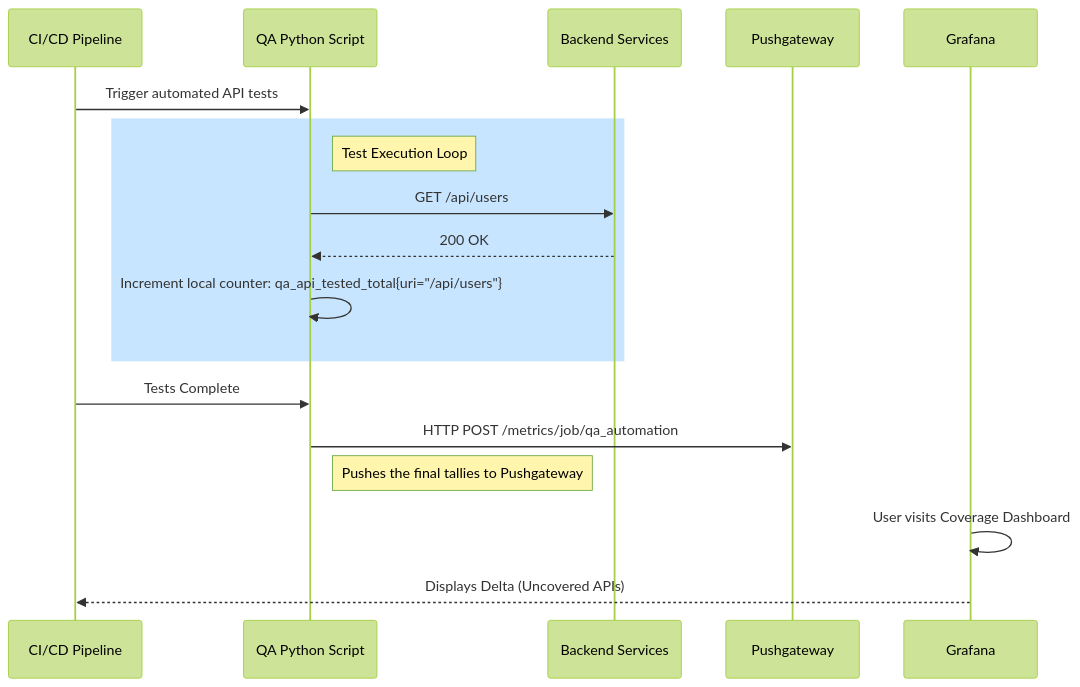
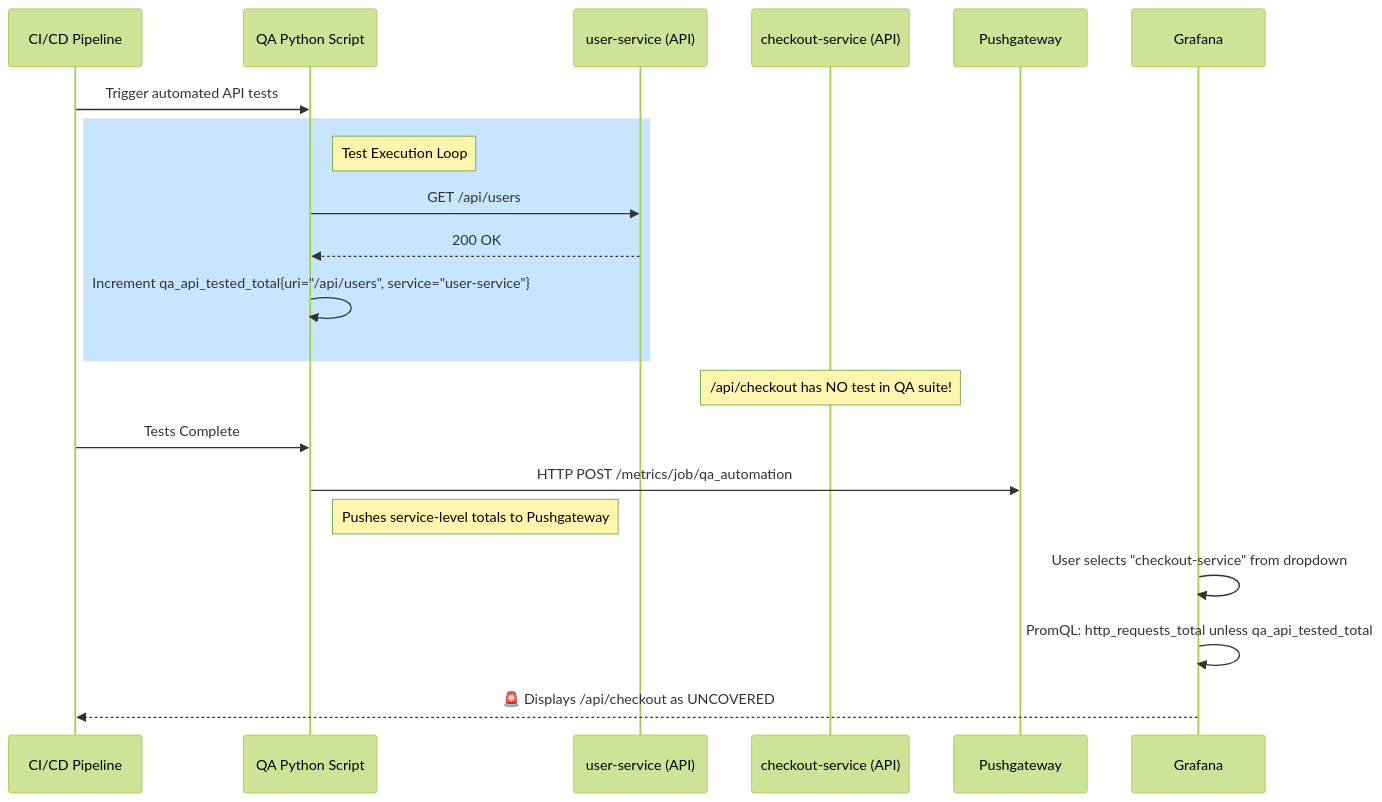
One commit to chaubeySumit/code-coverage-prometheous changed the diagram in doc/03_execution_sequence.md. Above: the diagram before and after it, drawn with Mermaid (forest theme). The commit also changed other lines of this file and 4 other files, not shown here.

Commit message:
docs: Update all documentation to reflect multi-service architecture

````diff
--- a/doc/03_execution_sequence.md
+++ b/doc/03_execution_sequence.md
@@ -5,24 +5,28 @@
 ```mermaid
 sequenceDiagram
     participant Pipeline as CI/CD Pipeline
     participant QA as QA Python Script
-    participant API as Backend Services
+    participant US as user-service (API)
+    participant CS as checkout-service (API)
     participant PGW as Pushgateway
     participant Graf as Grafana
 
     Pipeline->>QA: Trigger automated API tests
     
     rect rgb(200, 229, 255)
     Note right of QA: Test Execution Loop
-    QA->>API: GET /api/users
-    API-->>QA: 200 OK
-    QA->>QA: Increment local counter: qa_api_tested_total{uri="/api/users"}
+    QA->>US: GET /api/users
+    US-->>QA: 200 OK
+    QA->>QA: Increment qa_api_tested_total{uri="/api/users", service="user-service"}
     end
     
+    Note over CS: /api/checkout has NO test in QA suite!
+
     Pipeline->>QA: Tests Complete
     QA->>PGW: HTTP POST /metrics/job/qa_automation
-    Note right of QA: Pushes the final tallies to Pushgateway
+    Note right of QA: Pushes service-level totals to Pushgateway
     
-    Graf->>Graf: User visits Coverage Dashboard
-    Graf-->>Pipeline: Displays Delta (Uncovered APIs)
+    Graf->>Graf: User selects "checkout-service" from dropdown
+    Graf->>Graf: PromQL: http_requests_total unless qa_api_tested_total
+    Graf-->>Pipeline: 🚨 Displays /api/checkout as UNCOVERED
 ```
````
